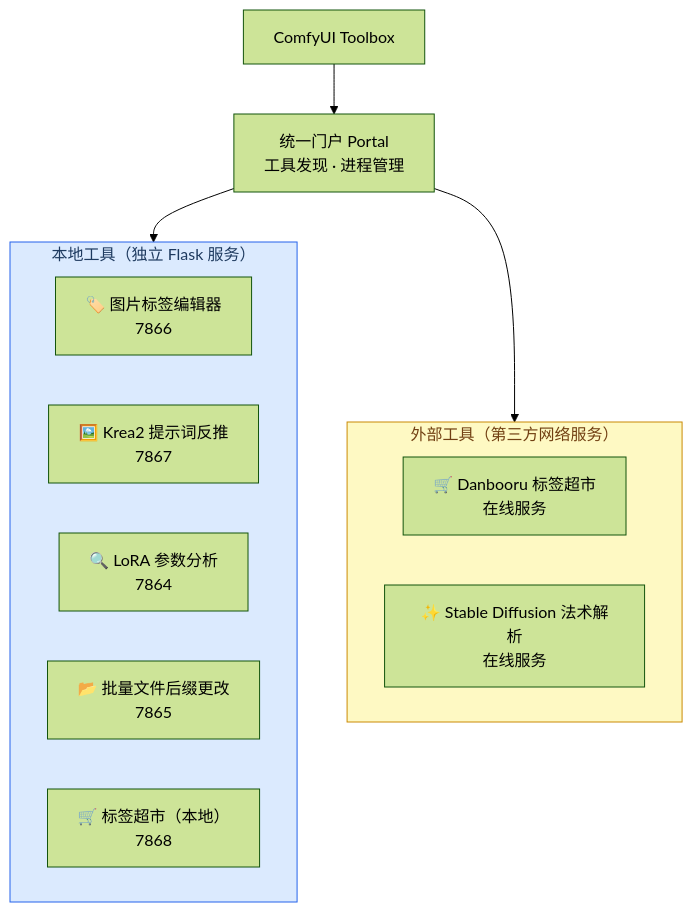
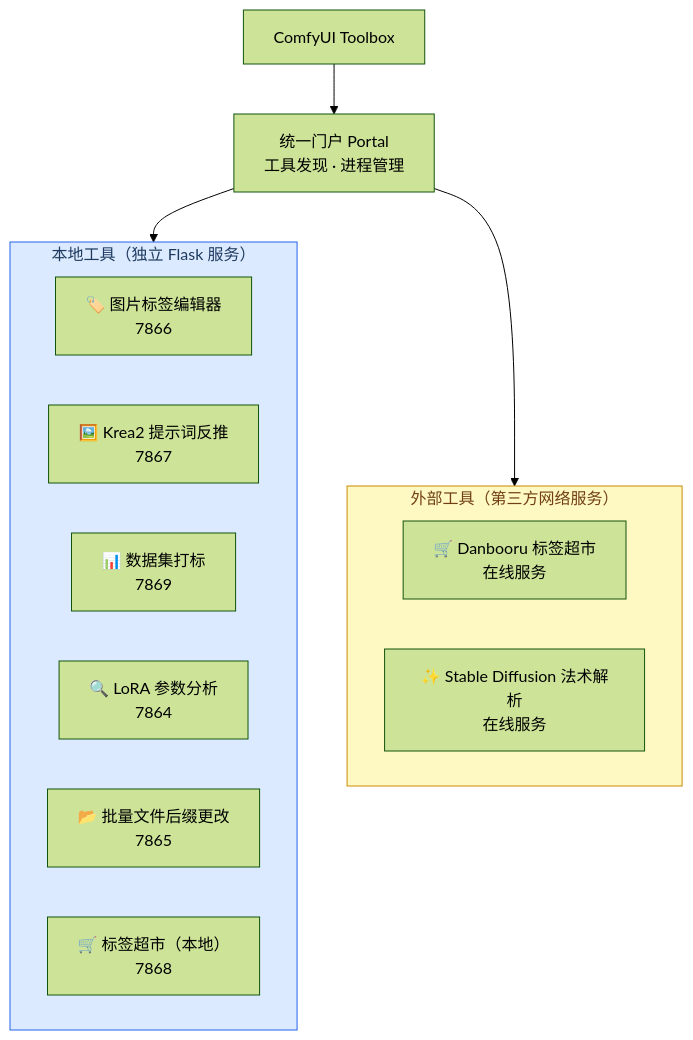
Before and after one commit to kkmlimingfeng/ComfyuiToolBox: the diagram in README.md, drawn with Mermaid (forest theme). The commit also changed other lines of this file and 4 other files, not shown here.

Commit message:
dataset_tagger: 新增 JoyCaption Beta One 自然语言打标模型（在线下载/删除，自动填推荐提示词）；修复其内嵌模板不支持多模态content列表导致的推理报错（替换为等价Llama3模板，图片经mtmd注入）；README 补录数据集打标工具（架构图/工具表/截图展示/详情/端口/目录结构）

````diff
--- a/README.md
+++ b/README.md
@@ -20,30 +20,31 @@
 ```mermaid
 flowchart TB
     accTitle: ComfyUI Toolbox Architecture
     accDescr: The unified portal discovers and manages independent tools, grouped into local tools and external web-based tools.
 
     root["ComfyUI Toolbox"] --> portal["统一门户 Portal<br/>工具发现 · 进程管理"]
 
     portal --> local
     portal --> external
 
     subgraph local["本地工具（独立 Flask 服务）"]
         direction LR
         editor["🏷️ 图片标签编辑器<br/>7866"]
         img2prompt["🖼️ Krea2 提示词反推<br/>7867"]
+        tagger["📊 数据集打标<br/>7869"]
         lora["🔍 LoRA 参数分析<br/>7864"]
         renamer["📂 批量文件后缀更改<br/>7865"]
         shop["🛒 标签超市（本地）<br/>7868"]
     end
 
     subgraph external["外部工具（第三方网络服务）"]
         direction LR
         danbooru["🛒 Danbooru 标签超市<br/>在线服务"]
         spell["✨ Stable Diffusion 法术解析<br/>在线服务"]
     end
 
     classDef localbox fill:#dbeafe,stroke:#2563eb,color:#1e3a5f
     classDef externalbox fill:#fef9c3,stroke:#ca8a04,color:#713f12
     class local localbox
     class external externalbox
 ```
````
